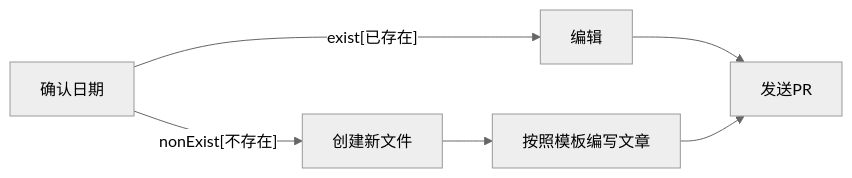
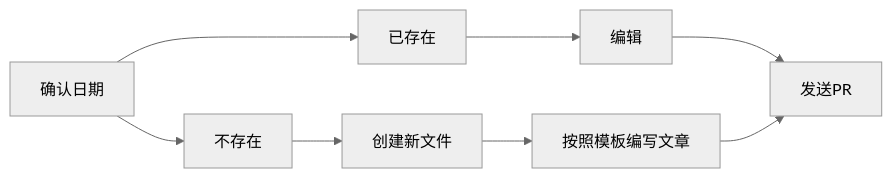
Before and after one commit to Over-Run/blog: the diagram in index.md, drawn with Mermaid (neutral theme). The commit also changed other lines of this file, not shown here.

Commit message:
Fixed Graph

````diff
--- a/index.md
+++ b/index.md
@@ -9,5 +9,5 @@
 ```mermaid
 graph LR
-queryDate[确认日期] -- exist[已存在] --> edit[编辑] --> createPr["发送PR"]
-queryDate -- nonExist[不存在] --> create[创建新文件] --> write[按照模板编写文章] --> createPr
+queryDate[确认日期] --> exist[已存在] --> edit[编辑] --> createPr["发送PR"]
+queryDate --> nonExist[不存在] --> create[创建新文件] --> write[按照模板编写文章] --> createPr
 ```
````
